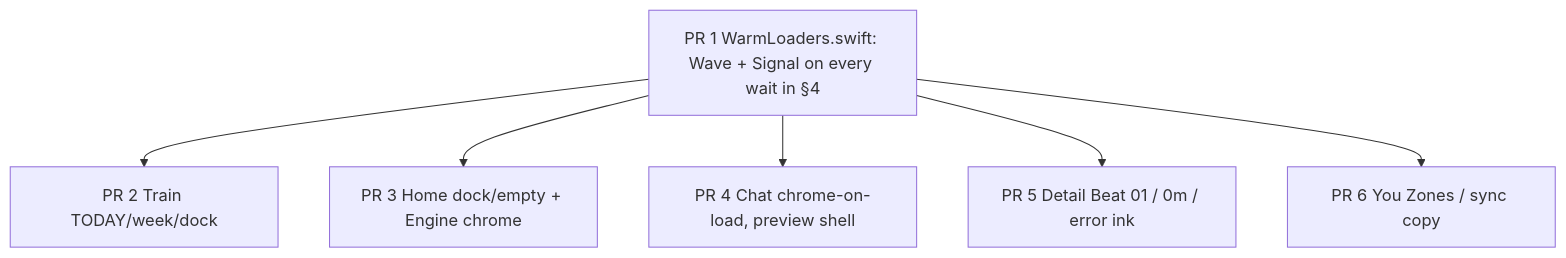
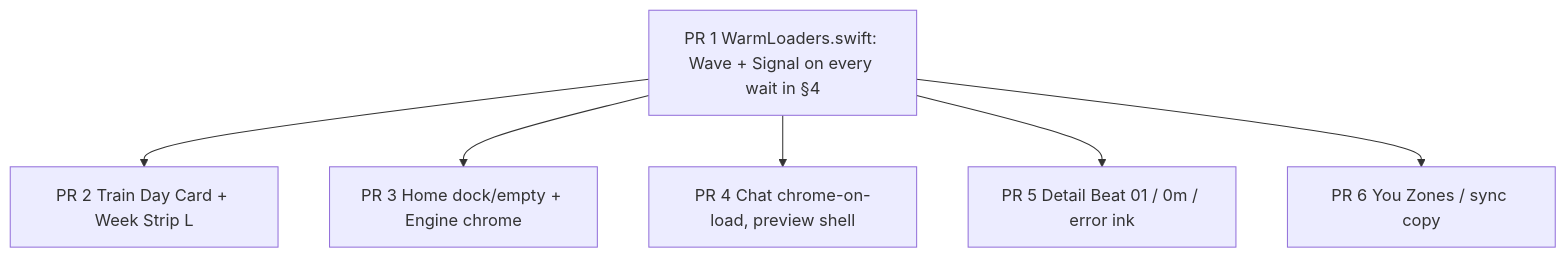
One commit to sibling-shipyard/coach-hq changed the diagram in docs/plans/ios-craft-pass-lld.md. Above: the diagram before and after it, drawn with Mermaid. The commit also changed other lines of this file and 9 other files, not shown here.

First line of the commit message:
ios: ship Train Day Card and Week Strip L (#1159) (#1180)

````diff
--- a/docs/plans/ios-craft-pass-lld.md
+++ b/docs/plans/ios-craft-pass-lld.md
@@ -225,9 +230,9 @@
 ```mermaid
 flowchart TB
   pr1["PR 1 WarmLoaders.swift: Wave + Signal on every wait in §4"]
-  pr1 --> pr2["PR 2 Train TODAY/week/dock"]
+  pr1 --> pr2["PR 2 Train Day Card + Week Strip L"]
   pr1 --> pr3["PR 3 Home dock/empty + Engine chrome"]
   pr1 --> pr4["PR 4 Chat chrome-on-load, preview shell"]
   pr1 --> pr5["PR 5 Detail Beat 01 / 0m / error ink"]
   pr1 --> pr6["PR 6 You Zones / sync copy"]
 ```
````
